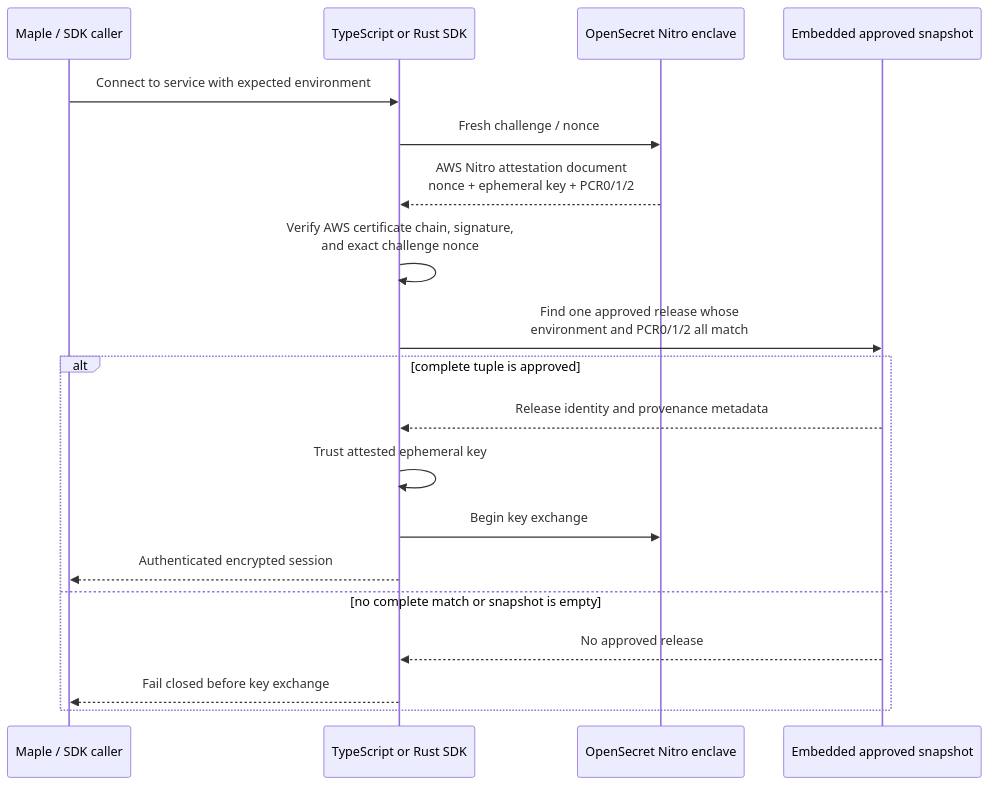
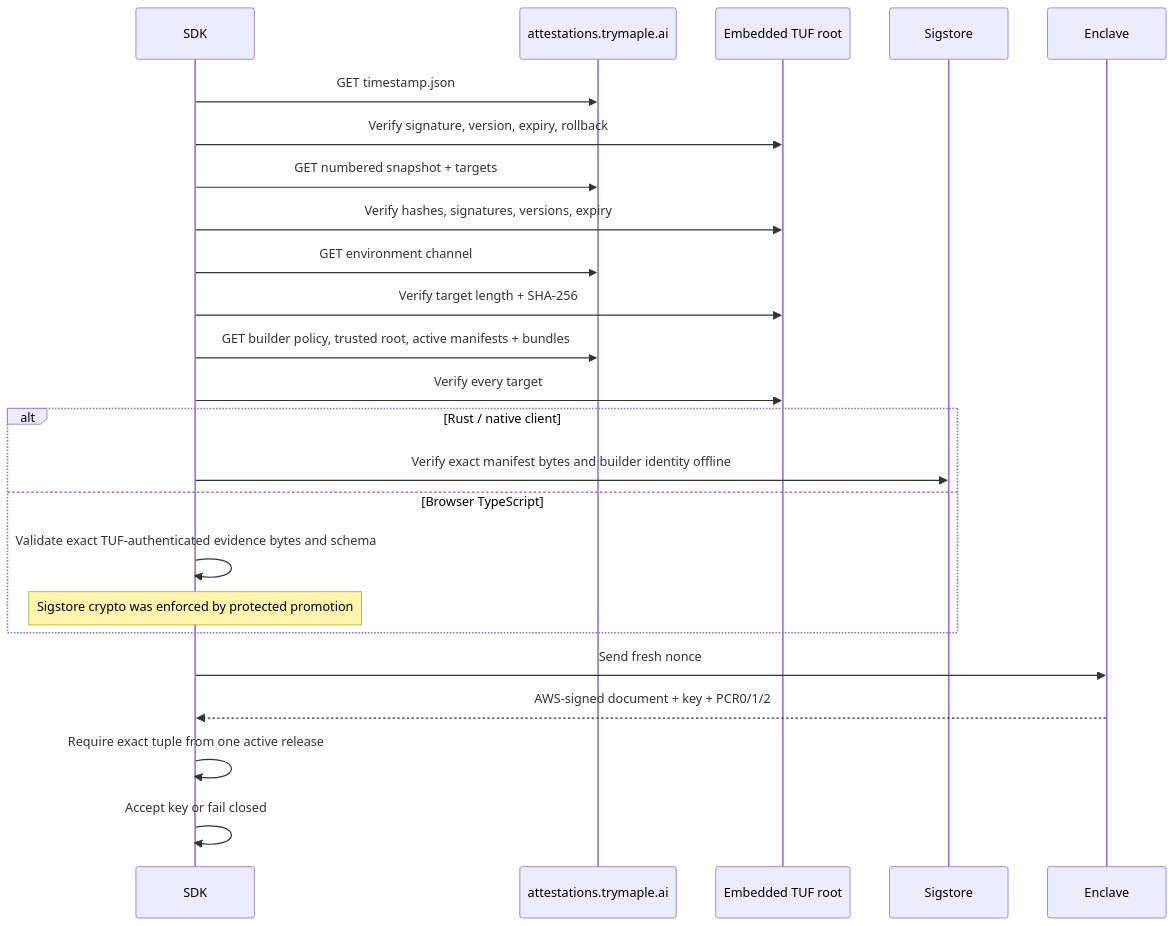
Before and after one commit to OpenSecretCloud/opensecret: the second of 2 diagrams in docs/PCR_VERIFICATION.md, drawn with Mermaid. The commit also changed other lines of this file and 25 other files, not shown here.

Commit message:
Implement TUF-backed Sigstore attestation publishing

````diff
--- a/docs/PCR_VERIFICATION.md
+++ b/docs/PCR_VERIFICATION.md
@@ -167,22 +186,27 @@
 ```mermaid
 sequenceDiagram
-    participant App as Maple / SDK caller
-    participant SDK as TypeScript or Rust SDK
-    participant Enclave as OpenSecret Nitro enclave
-    participant Snapshot as Embedded approved snapshot
+    participant SDK
+    participant Site as attestations.trymaple.ai
+    participant TUF as Embedded TUF root
+    participant Sigstore
+    participant Enclave
 
-    App->>SDK: Connect to service with expected environment
-    SDK->>Enclave: Fresh challenge / nonce
-    Enclave-->>SDK: AWS Nitro attestation document<br/>nonce + ephemeral key + PCR0/1/2
-    SDK->>SDK: Verify AWS certificate chain, signature,<br/>and exact challenge nonce
-    SDK->>Snapshot: Find one approved release whose<br/>environment and PCR0/1/2 all match
-    alt complete tuple is approved
-        Snapshot-->>SDK: Release identity and provenance metadata
-        SDK->>SDK: Trust attested ephemeral key
-        SDK->>Enclave: Begin key exchange
-        SDK-->>App: Authenticated encrypted session
-    else no complete match or snapshot is empty
-        Snapshot-->>SDK: No approved release
-        SDK-->>App: Fail closed before key exchange
+    SDK->>Site: GET timestamp.json
+    SDK->>TUF: Verify signature, version, expiry, rollback
+    SDK->>Site: GET numbered snapshot + targets
+    SDK->>TUF: Verify hashes, signatures, versions, expiry
+    SDK->>Site: GET environment channel
+    SDK->>TUF: Verify target length + SHA-256
+    SDK->>Site: GET builder policy, trusted root, active manifests + bundles
+    SDK->>TUF: Verify every target
+    alt Rust / native client
+        SDK->>Sigstore: Verify exact manifest bytes and builder identity offline
+    else Browser TypeScript
+        SDK->>SDK: Validate exact TUF-authenticated evidence bytes and schema
+        Note over SDK: Sigstore crypto was enforced by protected promotion
     end
+    SDK->>Enclave: Send fresh nonce
+    Enclave-->>SDK: AWS-signed document + key + PCR0/1/2
+    SDK->>SDK: Require exact tuple from one active release
+    SDK->>SDK: Accept key or fail closed
 ```
````
